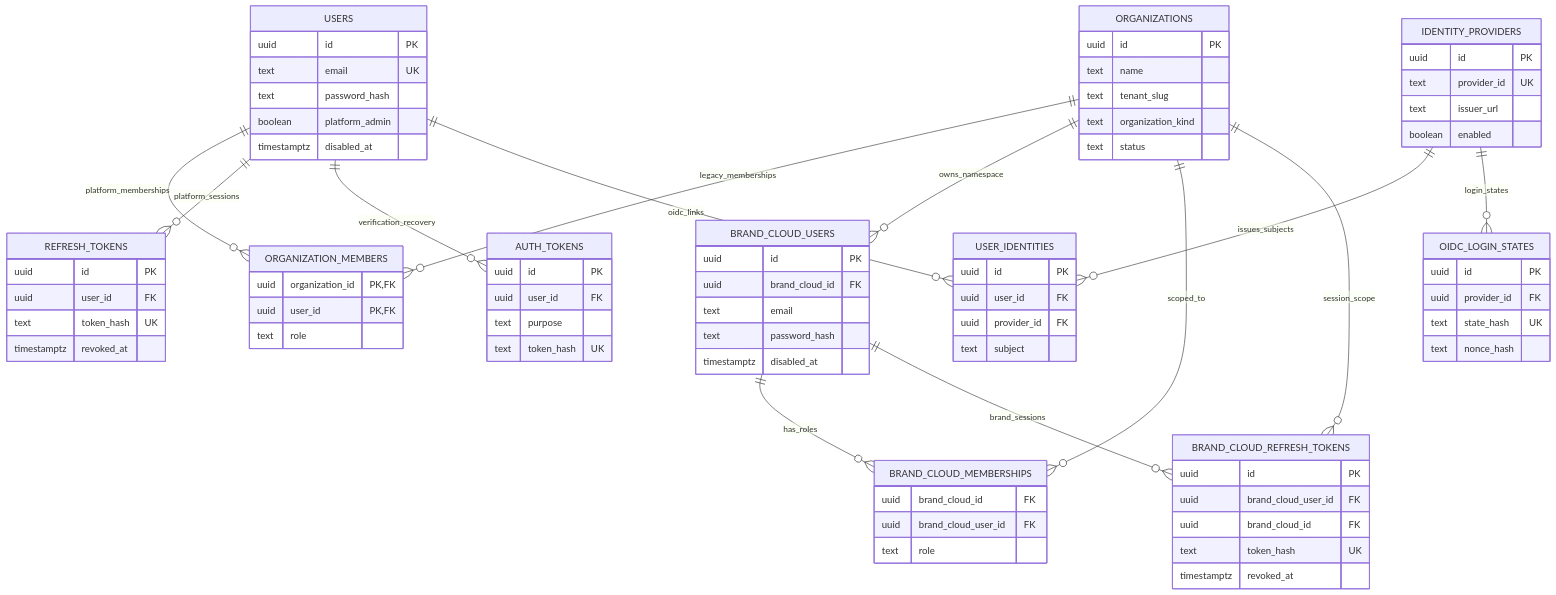
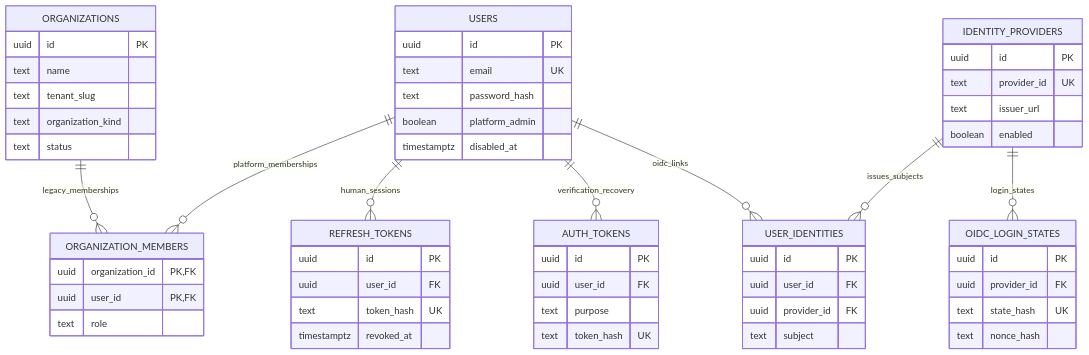
Before and after one commit to hkt999rtk/rtk_account_manager: the second of 5 diagrams in docs/SPEC.md, drawn with Mermaid. The commit also changed other lines of this file, not shown here.

Commit message:
docs: design unified human identity cutover

```diff
--- a/docs/SPEC.md
+++ b/docs/SPEC.md
@@ -504,12 +511,7 @@
 erDiagram
     ORGANIZATIONS ||--o{ ORGANIZATION_MEMBERS : legacy_memberships
     USERS ||--o{ ORGANIZATION_MEMBERS : platform_memberships
-    ORGANIZATIONS ||--o{ BRAND_CLOUD_USERS : owns_namespace
-    ORGANIZATIONS ||--o{ BRAND_CLOUD_MEMBERSHIPS : scoped_to
-    BRAND_CLOUD_USERS ||--o{ BRAND_CLOUD_MEMBERSHIPS : has_roles
-    USERS ||--o{ REFRESH_TOKENS : platform_sessions
-    BRAND_CLOUD_USERS ||--o{ BRAND_CLOUD_REFRESH_TOKENS : brand_sessions
-    ORGANIZATIONS ||--o{ BRAND_CLOUD_REFRESH_TOKENS : session_scope
+    USERS ||--o{ REFRESH_TOKENS : human_sessions
     USERS ||--o{ AUTH_TOKENS : verification_recovery
     USERS ||--o{ USER_IDENTITIES : oidc_links
     IDENTITY_PROVIDERS ||--o{ USER_IDENTITIES : issues_subjects
@@ -534,28 +536,9 @@
         uuid user_id PK,FK
         text role
     }
-    BRAND_CLOUD_USERS {
-        uuid id PK
-        uuid brand_cloud_id FK
-        text email
-        text password_hash
-        timestamptz disabled_at
-    }
-    BRAND_CLOUD_MEMBERSHIPS {
-        uuid brand_cloud_id FK
-        uuid brand_cloud_user_id FK
-        text role
-    }
     REFRESH_TOKENS {
         uuid id PK
         uuid user_id FK
-        text token_hash UK
-        timestamptz revoked_at
-    }
-    BRAND_CLOUD_REFRESH_TOKENS {
-        uuid id PK
-        uuid brand_cloud_user_id FK
-        uuid brand_cloud_id FK
         text token_hash UK
         timestamptz revoked_at
     }
```
